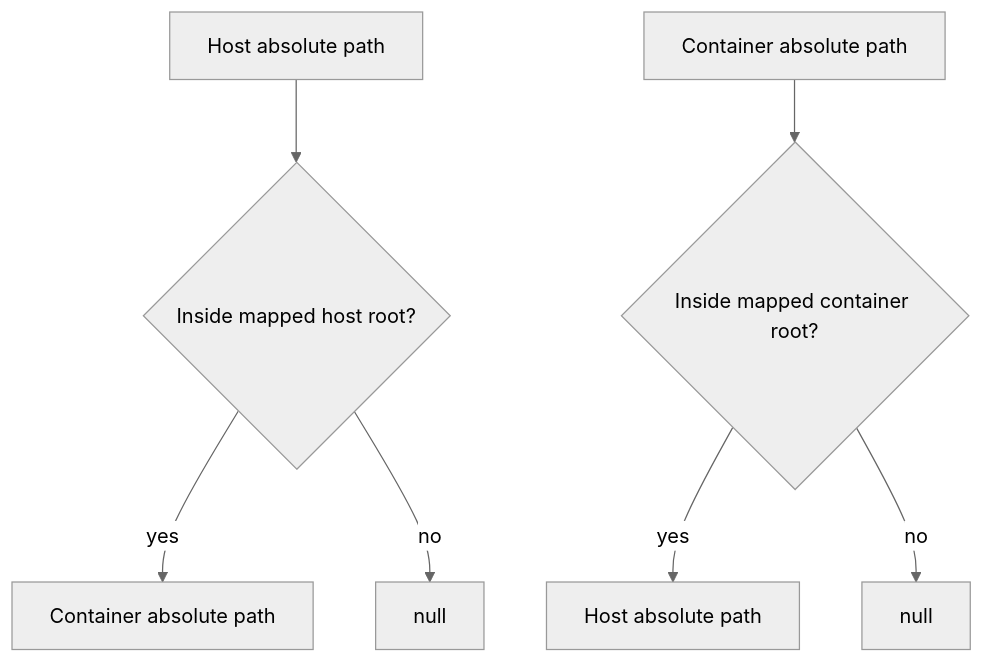
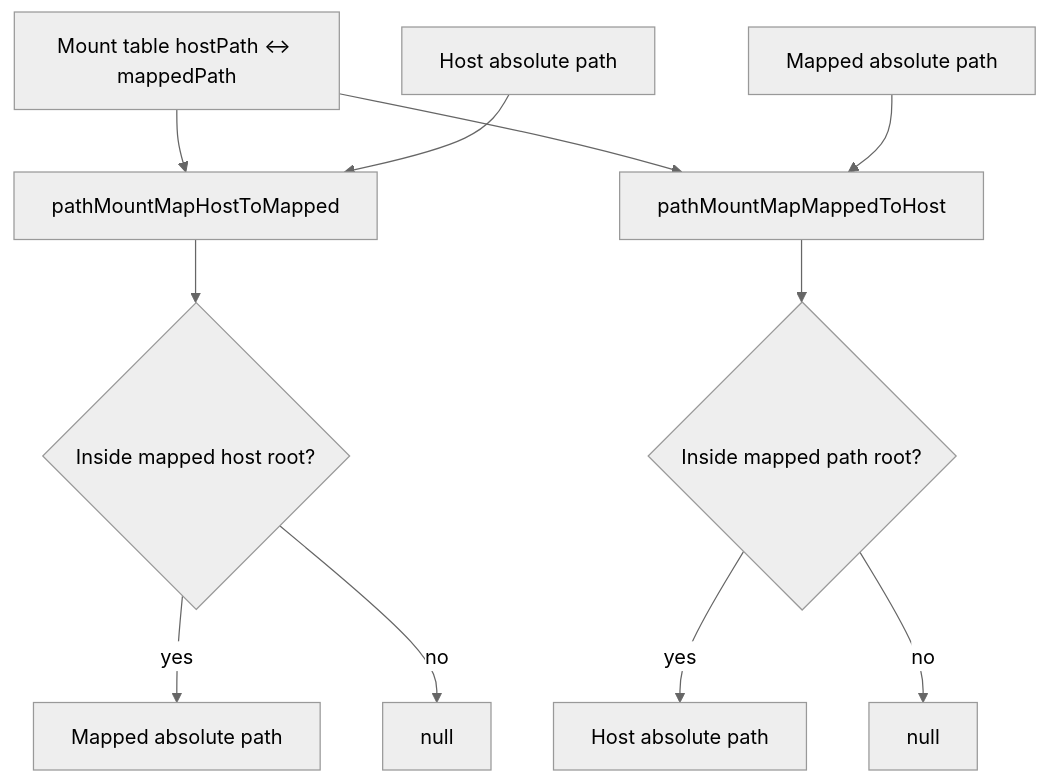
Before and after one commit to ex3ndr/daycare: the diagram in doc/internals/sandbox-path-map-nullable.md, drawn with Mermaid (neutral theme). The commit also changed other lines of this file and 7 other files, not shown here.

Commit message:
feat(util): add generic mount-point path mappers

````diff
--- a/doc/internals/sandbox-path-map-nullable.md
+++ b/doc/internals/sandbox-path-map-nullable.md
@@ -21,10 +34,15 @@
 ```mermaid
 flowchart TD
-  HostPath[Host absolute path] --> HostInRoot{Inside mapped host root?}
-  HostInRoot -->|yes| ContainerPath[Container absolute path]
+  Mounts[Mount table hostPath <-> mappedPath] --> HostMap[pathMountMapHostToMapped]
+  Mounts --> ReverseMap[pathMountMapMappedToHost]
+
+  HostPath[Host absolute path] --> HostMap
+  HostMap --> HostInRoot{Inside mapped host root?}
+  HostInRoot -->|yes| MappedPath[Mapped absolute path]
   HostInRoot -->|no| HostNull[null]
 
-  ContainerInput[Container absolute path] --> ContainerInRoot{Inside mapped container root?}
-  ContainerInRoot -->|yes| HostMapped[Host absolute path]
-  ContainerInRoot -->|no| ContainerNull[null]
+  MappedInput[Mapped absolute path] --> ReverseMap
+  ReverseMap --> MappedInRoot{Inside mapped path root?}
+  MappedInRoot -->|yes| HostMapped[Host absolute path]
+  MappedInRoot -->|no| MappedNull[null]
 ```
````
